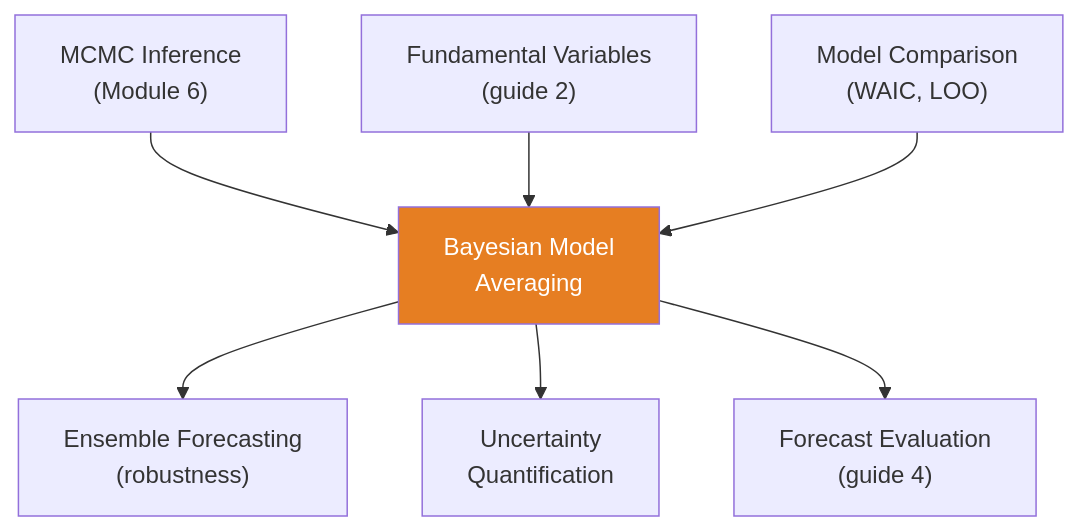
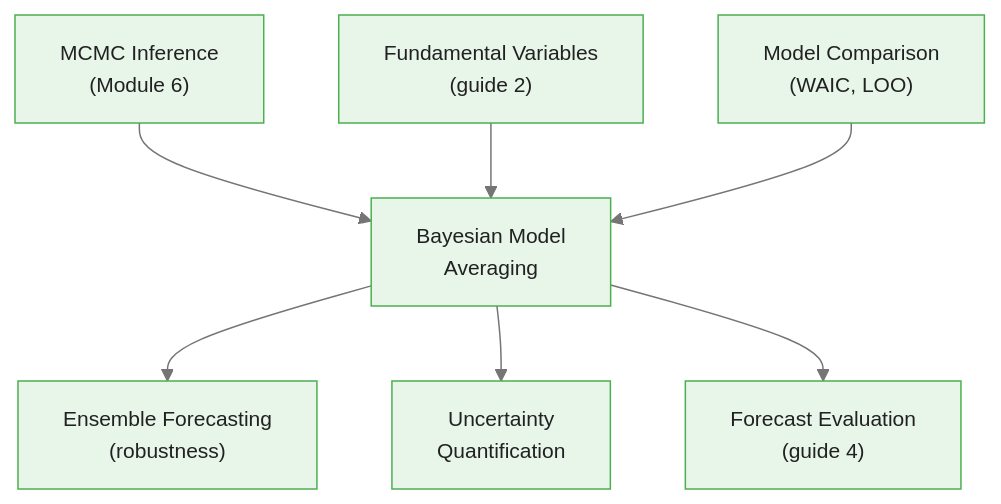
Before and after one commit to m-deane/course-creator: the fourth of 4 diagrams in courses/bayesian-commodity-forecasting/modules/module_08_fundamentals_integration/guides/03_bayesian_model_averaging_slides.md, drawn with Mermaid. The commit also changed other lines of this file and 104 other files, not shown here.

````diff
--- a/courses/bayesian-commodity-forecasting/modules/module_08_fundamentals_integration/guides/03_bayesian_model_averaging_slides.md
+++ b/courses/bayesian-commodity-forecasting/modules/module_08_fundamentals_integration/guides/03_bayesian_model_averaging_slides.md
@@ -286,10 +299,10 @@
 ```mermaid
+%%{init: {"theme": "base", "themeVariables": {"primaryColor": "#e8f5e9", "primaryBorderColor": "#4caf50", "primaryTextColor": "#212121", "secondaryColor": "#e3f2fd", "tertiaryColor": "#fff8e1", "lineColor": "#757575", "fontFamily": "Inter, sans-serif", "fontSize": "14px"}}}%%
 flowchart TD
     MCMC["MCMC Inference\n(Module 6)"] --> BMA["Bayesian Model\nAveraging"]
     FV["Fundamental Variables\n(guide 2)"] --> BMA
     MC["Model Comparison\n(WAIC, LOO)"] --> BMA
     BMA --> ENS["Ensemble Forecasting\n(robustness)"]
     BMA --> UQ["Uncertainty\nQuantification"]
     BMA --> EVAL["Forecast Evaluation\n(guide 4)"]
-    style BMA fill:#e67e22,color:#fff
 ```
````
